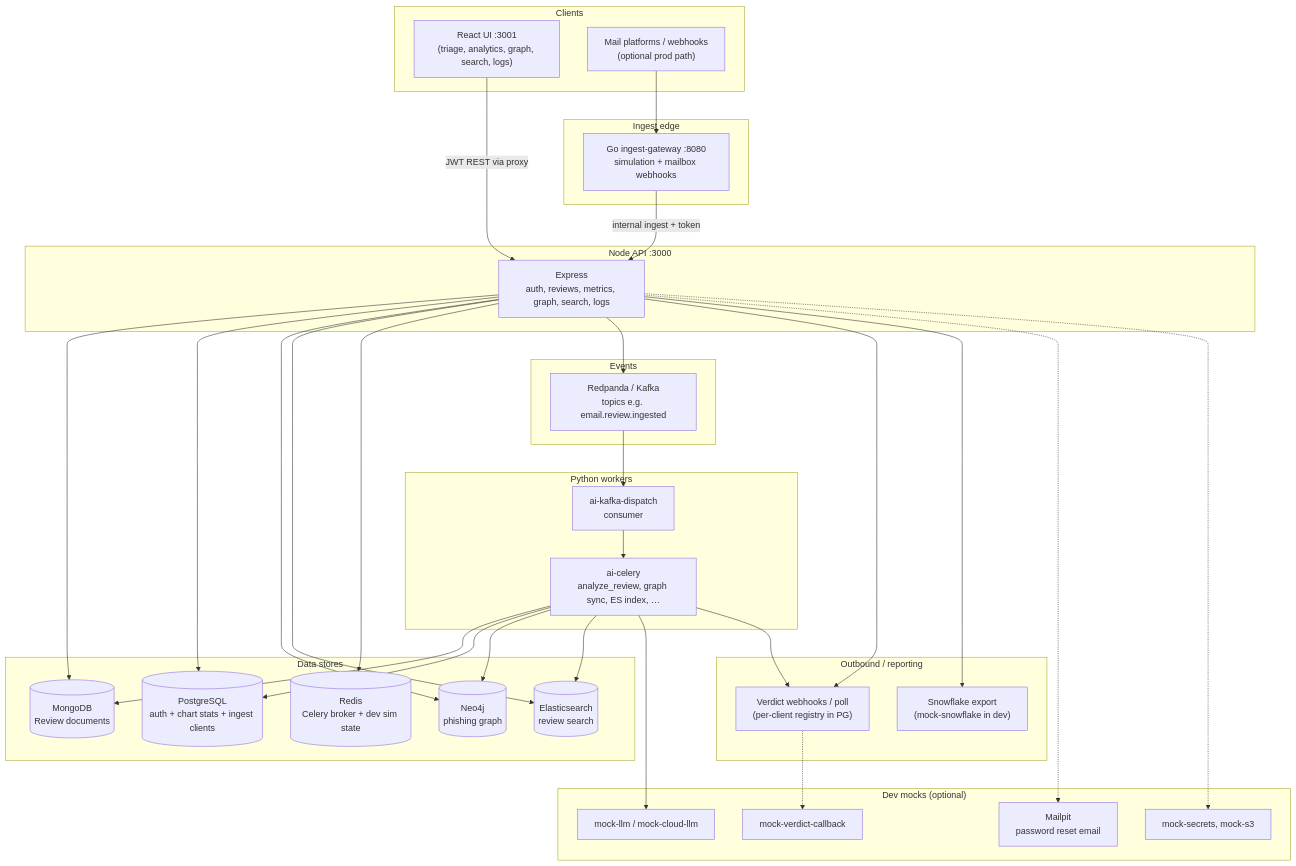
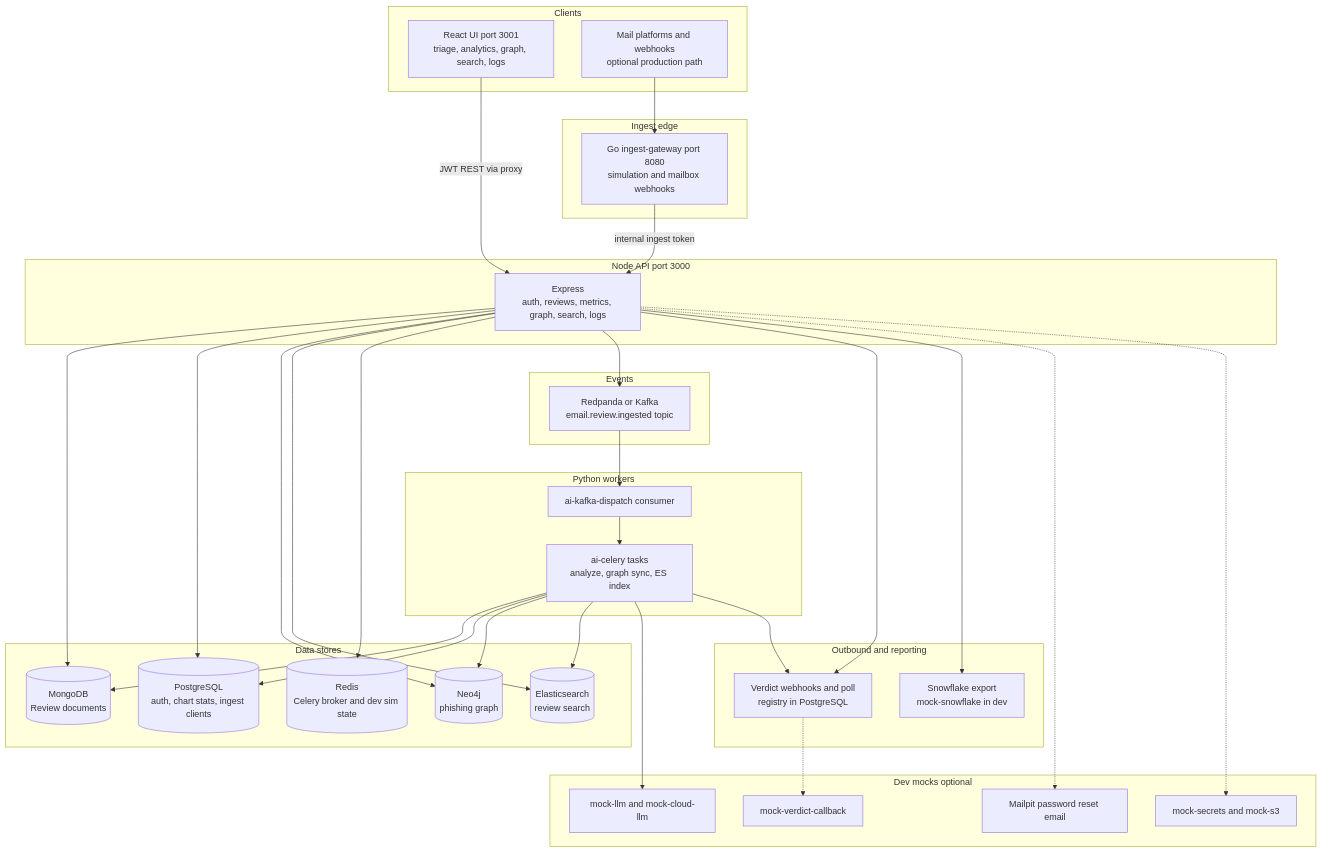
Before and after one commit to OferElboher/suspicious-email-triage: the first of 2 diagrams in docs/arch_guide_system_flowchart.md, drawn with Mermaid. The commit also changed other lines of this file and 2 other files, not shown here.

Commit message:
Fix Mermaid flowcharts for Windows viewers and add standalone .mmd files.
Use compatible subgraph syntax and br labels; document viewing on Windows 11 and ship docs/diagrams/*.mmd for Mermaid Live Editor.

````diff
--- a/docs/arch_guide_system_flowchart.md
+++ b/docs/arch_guide_system_flowchart.md
@@ -9,70 +26,70 @@
 ```mermaid
 flowchart TB
-  subgraph clients["Clients"]
-    BROWSER["React UI :3001\n(triage, analytics, graph, search, logs)"]
-    MAIL["Mail platforms / webhooks\n(optional prod path)"]
+  subgraph clients [Clients]
+    BROWSER["React UI port 3001<br/>triage, analytics, graph, search, logs"]
+    MAIL["Mail platforms and webhooks<br/>optional production path"]
   end
 
-  subgraph edge["Ingest edge"]
-    GW["Go ingest-gateway :8080\nsimulation + mailbox webhooks"]
+  subgraph edge [Ingest edge]
+    GW["Go ingest-gateway port 8080<br/>simulation and mailbox webhooks"]
   end
 
-  subgraph api["Node API :3000"]
-    EXPRESS["Express\nauth, reviews, metrics, graph, search, logs"]
+  subgraph nodeApi [Node API port 3000]
+    EXPRESS["Express<br/>auth, reviews, metrics, graph, search, logs"]
   end
 
-  subgraph data["Data stores"]
-    MONGO[(MongoDB\nReview documents)]
-    PG[(PostgreSQL\nauth + chart stats + ingest clients)]
-    NEO[(Neo4j\nphishing graph)]
-    ES[(Elasticsearch\nreview search)]
-    REDIS[(Redis\nCelery broker + dev sim state)]
+  subgraph data [Data stores]
+    MONGO[(MongoDB<br/>Review documents)]
+    PG[(PostgreSQL<br/>auth, chart stats, ingest clients)]
+    NEO[(Neo4j<br/>phishing graph)]
+    ES[(Elasticsearch<br/>review search)]
+    REDIS[(Redis<br/>Celery broker and dev sim state)]
   end
 
-  subgraph events["Events"]
-    KAFKA["Redpanda / Kafka\ntopics e.g. email.review.ingested"]
+  subgraph events [Events]
+    KAFKA["Redpanda or Kafka<br/>email.review.ingested topic"]
   end
 
-  subgraph workers["Python workers"]
-    DISPATCH["ai-kafka-dispatch\nconsumer"]
-    CELERY["ai-celery\nanalyze_review, graph sync, ES index, …"]
+  subgraph workers [Python workers]
+    DISPATCH["ai-kafka-dispatch consumer"]
+    CELERY["ai-celery tasks<br/>analyze, graph sync, ES index"]
   end
 
-  subgraph external["Outbound / reporting"]
-    VERDICT["Verdict webhooks / poll\n(per-client registry in PG)"]
-    SNOW["Snowflake export\n(mock-snowflake in dev)"]
+  subgraph external [Outbound and reporting]
+    VERDICT["Verdict webhooks and poll<br/>registry in PostgreSQL"]
+    SNOW["Snowflake export<br/>mock-snowflake in dev"]
   end
 
-  subgraph mocks["Dev mocks (optional)"]
-    MOCKLLM["mock-llm / mock-cloud-llm"]
-    MOCKAWS["mock-secrets, mock-s3"]
+  subgraph mocks [Dev mocks optional]
+    MOCKLLM["mock-llm and mock-cloud-llm"]
+    MOCKAWS["mock-secrets and mock-s3"]
     MOCKCB["mock-verdict-callback"]
-    MAILPIT["Mailpit\npassword reset email"]
+    MAILPIT["Mailpit password reset email"]
   end
 
   BROWSER -->|JWT REST via proxy| EXPRESS
   MAIL --> GW
-  GW -->|internal ingest + token| EXPRESS
+  GW -->|internal ingest token| EXPRESS
 
   EXPRESS --> MONGO
   EXPRESS --> PG
   EXPRESS --> NEO
   EXPRESS --> ES
   EXPRESS --> REDIS
   EXPRESS --> KAFKA
   EXPRESS --> VERDICT
   EXPRESS --> SNOW
 
   KAFKA --> DISPATCH
   DISPATCH --> CELERY
   CELERY --> MONGO
   CELERY --> PG
   CELERY --> NEO
   CELERY --> ES
   CELERY --> MOCKLLM
   CELERY --> VERDICT
 
   EXPRESS -.-> MAILPIT
   EXPRESS -.-> MOCKAWS
   VERDICT -.-> MOCKCB
 ```
````
